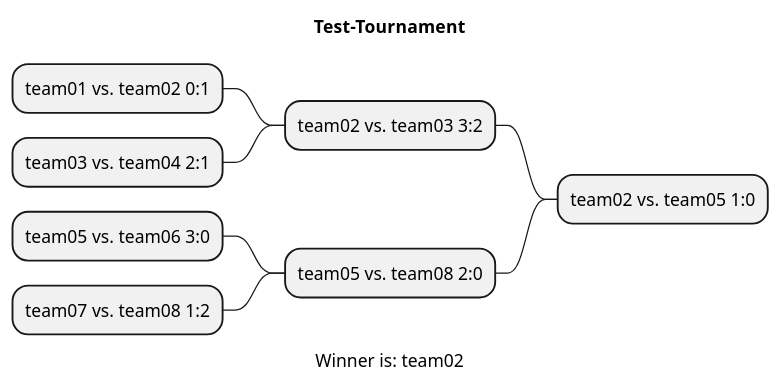
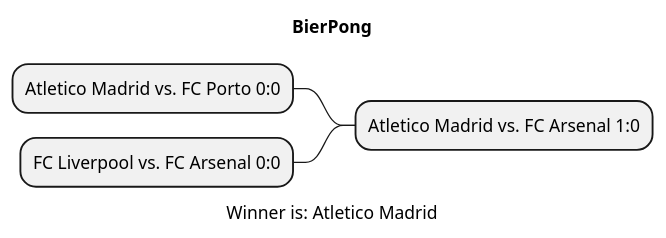
One commit to htl-leonding-project/2022-4ahif-autohaus changed the diagram in asciidocs/plantuml/Result.puml. Above: the diagram before and after it, drawn with PlantUML. The commit also changed 6 other files, not shown here.

```diff
--- a/asciidocs/plantuml/Result.puml
+++ b/asciidocs/plantuml/Result.puml
@@ -1,18 +1,10 @@
-@startmindmap Test-Tournament.png
-title Test-Tournament
+@startmindmap BierPong.png
+title BierPong
 
-- team02 vs. team05 1:0
+- Atletico Madrid vs. FC Arsenal 1:0
 
--- team02 vs. team03 3:2
+-- Atletico Madrid vs. FC Porto 0:0
 
---- team01 vs. team02 0:1
-
---- team03 vs. team04 2:1
-
--- team05 vs. team08 2:0
-
---- team05 vs. team06 3:0
-
---- team07 vs. team08 1:2
-caption Winner is: team02
+-- FC Liverpool vs. FC Arsenal 0:0
+caption Winner is: Atletico Madrid
 @endmindmap
```
